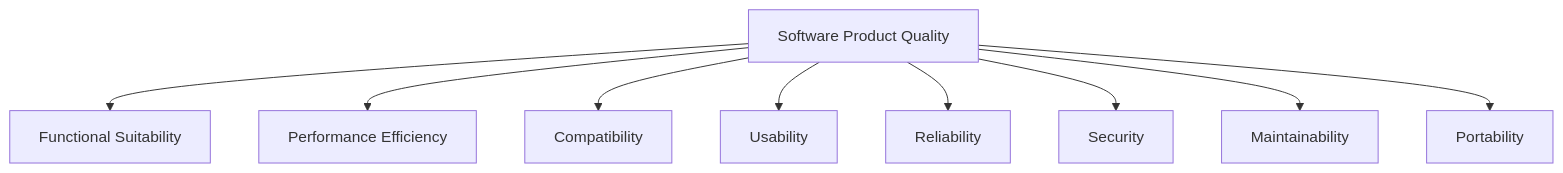
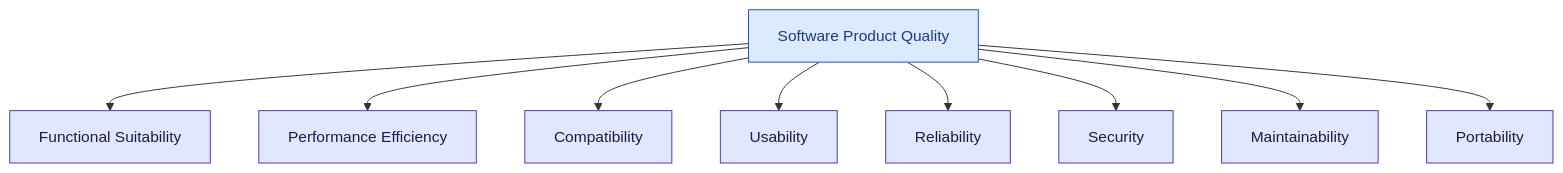
One commit to ghanendra-sdet/non-functional-testing-playbook changed the first of 3 diagrams in Part_01_NFT_Fundamentals_ISO25010.md. Above: the diagram before and after it, drawn with Mermaid. The commit also changed other lines of this file and 15 other files, not shown here.

Commit message:
Fix ToC anchors and theme re-render; update to OWASP 2025, WCAG 2.2, PCI DSS 4.0.1; style diagrams

````diff
--- a/Part_01_NFT_Fundamentals_ISO25010.md
+++ b/Part_01_NFT_Fundamentals_ISO25010.md
@@ -147,11 +147,19 @@
 ```mermaid
 graph TD
     Q[Software Product Quality] --> FS[Functional Suitability]
     Q --> PE[Performance Efficiency]
     Q --> COMP[Compatibility]
     Q --> USE[Usability]
     Q --> REL[Reliability]
     Q --> SEC[Security]
     Q --> MAIN[Maintainability]
     Q --> PORT[Portability]
+
+    classDef start fill:#dbeafe,stroke:#1d4ed8,color:#1e3a8a
+    classDef step fill:#e0e7ff,stroke:#4338ca,color:#1e1b4b
+    classDef decision fill:#fef3c7,stroke:#b45309,color:#78350f
+    classDef good fill:#dcfce7,stroke:#15803d,color:#14532d
+    classDef bad fill:#fee2e2,stroke:#b91c1c,color:#7f1d1d
+    class Q start
+    class FS,PE,COMP,USE,REL,SEC,MAIN,PORT step
 ```
````
